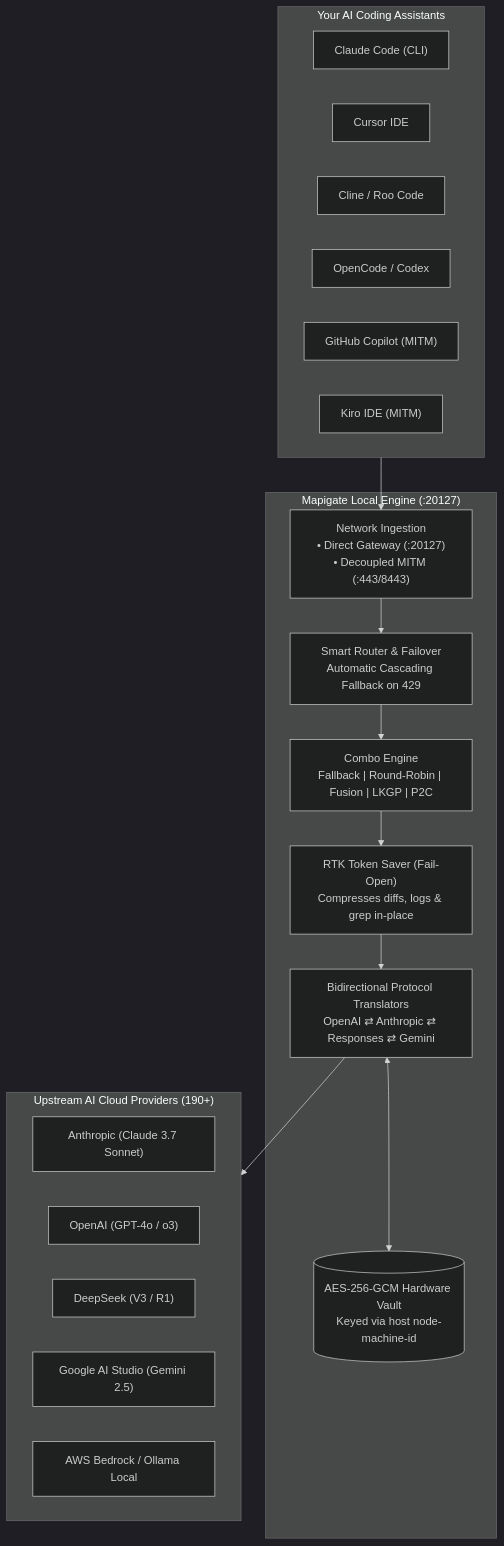
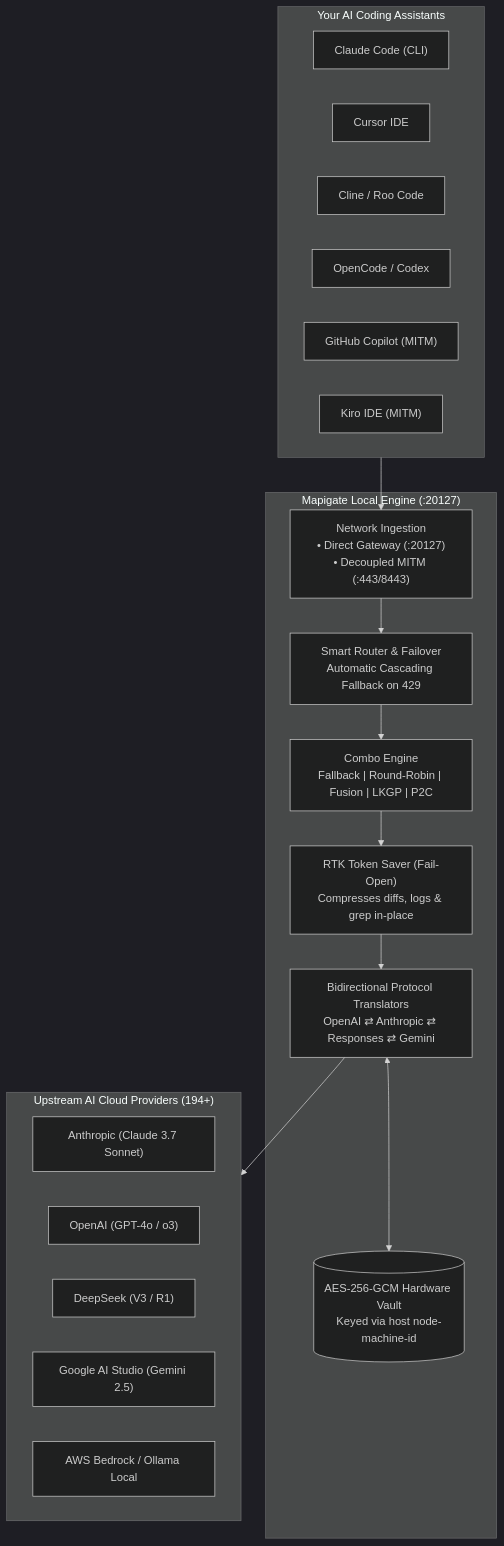
One commit to joutvhu/mapigate changed the first of 4 diagrams in README.md. Above: the diagram before and after it, drawn with Mermaid (dark theme). The commit also changed other lines of this file and 6 other files, not shown here.

````diff
--- a/README.md
+++ b/README.md
@@ -39,36 +39,36 @@
 ```mermaid
 graph TD
     subgraph CLIENTS["Your AI Coding Assistants"]
         C1["Claude Code (CLI)"]
         C2["Cursor IDE"]
         C3["Cline / Roo Code"]
         C4["OpenCode / Codex"]
         C5["GitHub Copilot (MITM)"]
         C6["Kiro IDE (MITM)"]
     end
 
     subgraph MAPIGATE["Mapigate Local Engine (:20127)"]
         INGEST["Network Ingestion<br/>• Direct Gateway (:20127)<br/>• Decoupled MITM (:443/8443)"]
         ROUTER["Smart Router & Failover<br/>Automatic Cascading Fallback on 429"]
         RTK["RTK Token Saver (Fail-Open)<br/>Compresses diffs, logs & grep in-place"]
         COMBO["Combo Engine<br/>Fallback | Round-Robin | Fusion | LKGP | P2C"]
         ADAPTER["Bidirectional Protocol Translators<br/>OpenAI ⇄ Anthropic ⇄ Responses ⇄ Gemini"]
         VAULT[("AES-256-GCM Hardware Vault<br/>Keyed via host node-machine-id")]
     end
 
-    subgraph UPSTREAM["Upstream AI Cloud Providers (190+)"]
+    subgraph UPSTREAM["Upstream AI Cloud Providers (194+)"]
         P1["Anthropic (Claude 3.7 Sonnet)"]
         P2["OpenAI (GPT-4o / o3)"]
         P3["DeepSeek (V3 / R1)"]
         P4["Google AI Studio (Gemini 2.5)"]
         P5["AWS Bedrock / Ollama Local"]
     end
 
     CLIENTS --> INGEST
     INGEST --> ROUTER
     ROUTER --> COMBO
     COMBO --> RTK
     RTK --> ADAPTER
     ADAPTER <--> VAULT
     ADAPTER --> UPSTREAM
 ```
````
